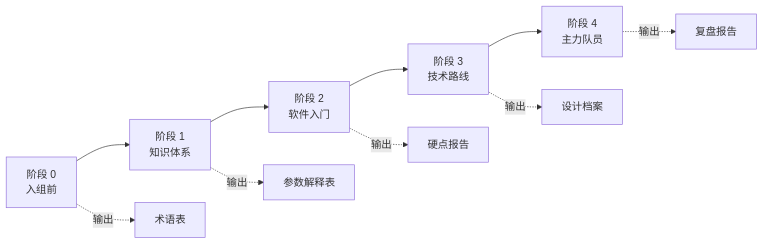
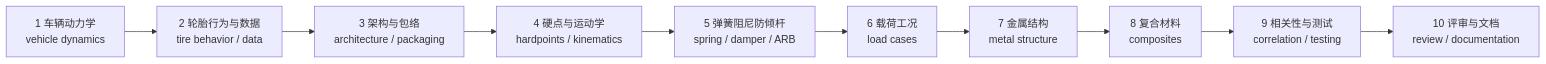
One commit to onebulletkick/suspension_opensource changed the diagram in docs/01-learning-roadmap.md. Above: the diagram before and after it, drawn with Mermaid. The commit also changed other lines of this file and 2 other files, not shown here.

````diff
--- a/docs/01-learning-roadmap.md
+++ b/docs/01-learning-roadmap.md
@@ -20,12 +13,12 @@
 ```mermaid
 flowchart LR
-  S0["阶段 0<br>入组前"] --> S1["阶段 1<br>知识体系"]
-  S1 --> S2["阶段 2<br>软件入门"]
-  S2 --> S3["阶段 3<br>技术路线"]
-  S3 --> S4["阶段 4<br>主力队员"]
-  S0 -. 输出 .-> O0["术语表"]
-  S1 -. 输出 .-> O1["参数解释表"]
-  S2 -. 输出 .-> O2["硬点报告"]
-  S3 -. 输出 .-> O3["设计档案"]
-  S4 -. 输出 .-> O4["复盘报告"]
+  A["1 车辆动力学<br>vehicle dynamics"] --> B["2 轮胎行为与数据<br>tire behavior / data"]
+  B --> C["3 架构与包络<br>architecture / packaging"]
+  C --> D["4 硬点与运动学<br>hardpoints / kinematics"]
+  D --> E["5 弹簧阻尼防倾杆<br>spring / damper / ARB"]
+  E --> F["6 载荷工况<br>load cases"]
+  F --> G["7 金属结构<br>metal structure"]
+  G --> H["8 复合材料<br>composites"]
+  H --> I["9 相关性与测试<br>correlation / testing"]
+  I --> J["10 评审与文档<br>review / documentation"]
 ```
````
